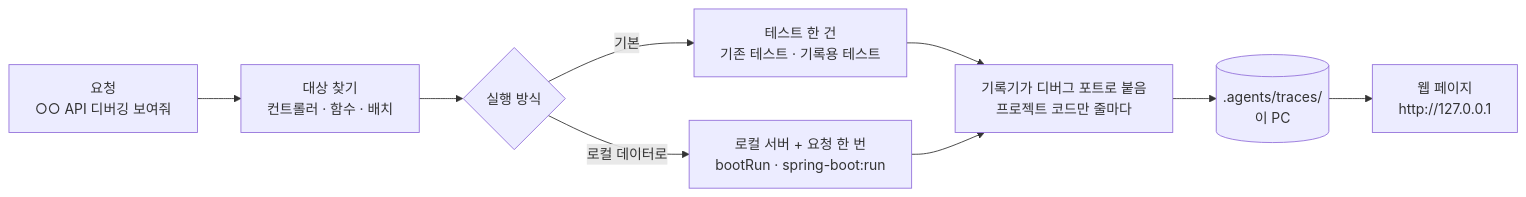
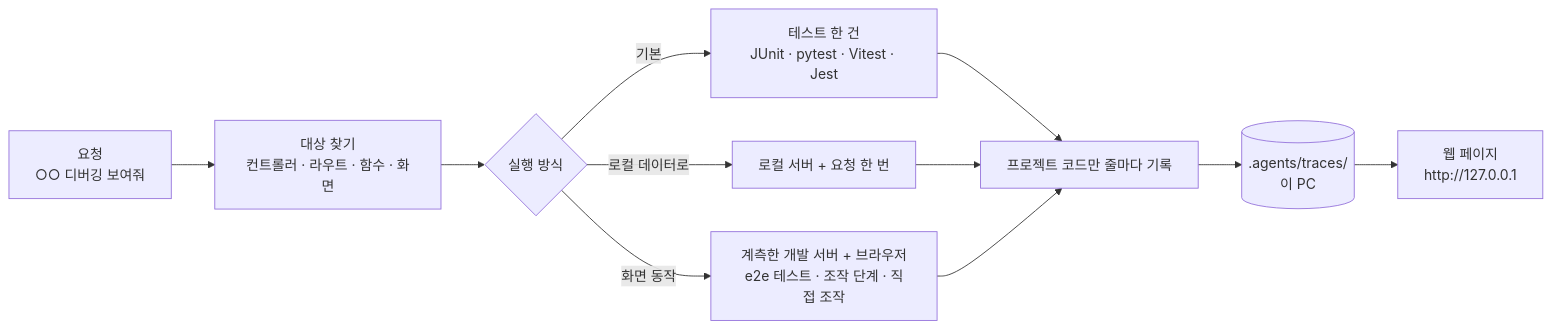
Before and after one commit to evrenjo/kedovi: the diagram in docs/trace.md, drawn with Mermaid. The commit also changed other lines of this file and 133 other files, not shown here.

````diff
--- a/docs/trace.md
+++ b/docs/trace.md
@@ -23,11 +25,13 @@
 ```mermaid
 flowchart LR
-  A["요청<br/>○○ API 디버깅 보여줘"] --> B["대상 찾기<br/>컨트롤러 · 함수 · 배치"]
+  A["요청<br/>○○ 디버깅 보여줘"] --> B["대상 찾기<br/>컨트롤러 · 라우트 · 함수 · 화면"]
   B --> C{"실행 방식"}
-  C -->|"기본"| D["테스트 한 건<br/>기존 테스트 · 기록용 테스트"]
-  C -->|"로컬 데이터로"| E["로컬 서버 + 요청 한 번<br/>bootRun · spring-boot:run"]
-  D --> F["기록기가 디버그 포트로 붙음<br/>프로젝트 코드만 줄마다"]
+  C -->|"기본"| D["테스트 한 건<br/>JUnit · pytest · Vitest · Jest"]
+  C -->|"로컬 데이터로"| E["로컬 서버 + 요청 한 번"]
+  C -->|"화면 동작"| W["계측한 개발 서버 + 브라우저<br/>e2e 테스트 · 조작 단계 · 직접 조작"]
+  D --> F["프로젝트 코드만 줄마다 기록"]
   E --> F
+  W --> F
   F --> G[(".agents/traces/<br/>이 PC")]
   G --> H["웹 페이지<br/>http://127.0.0.1"]
 ```
````
